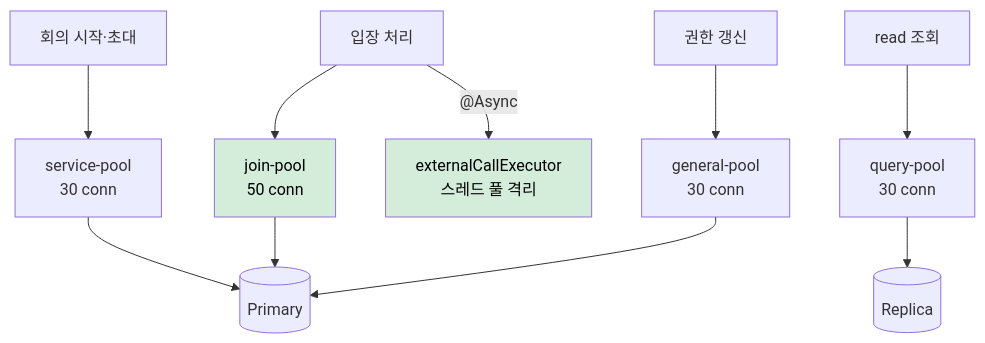
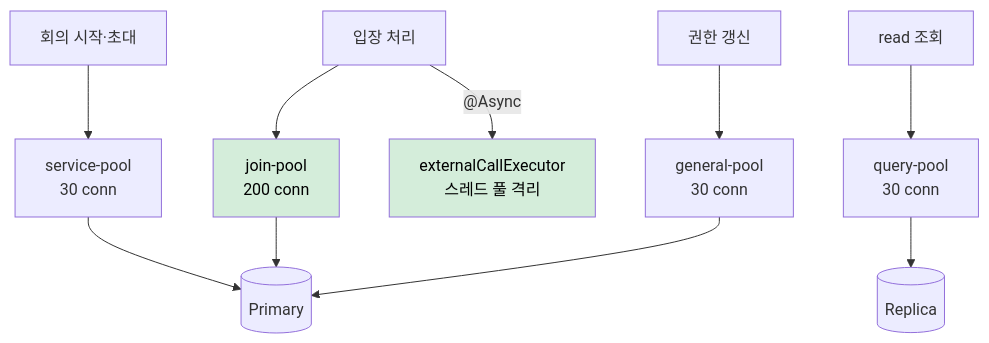
One commit to sujinnkim/A_Personal changed diagram 32 of 40 in report/3/3.2-아키텍처문제분석및설계전략.md. Above: the diagram before and after it, drawn with Mermaid. The commit also changed other lines of this file and 30 other files, not shown here.

````diff
--- a/report/3/3.2-아키텍처문제분석및설계전략.md
+++ b/report/3/3.2-아키텍처문제분석및설계전략.md
@@ -903,12 +903,12 @@
 ```mermaid
 flowchart TD
-    JOIN["입장 처리"] --> JP["join-pool\n50 conn"]
+    JOIN["입장 처리"] --> JP["join-pool\n200 conn"]
     SVC["회의 시작·초대"] --> SP["service-pool\n30 conn"]
     AUTH["권한 갱신"] --> GP["general-pool\n30 conn"]
     RD["read 조회"] --> QP["query-pool\n30 conn"]
     JOIN -->|"@Async"| EX["externalCallExecutor\n스레드 풀 격리"]
     JP & SP & GP --> PRI[("Primary")]
     QP --> REP[("Replica")]
     style JP fill:#d4edda,color:#000
     style EX fill:#d4edda,color:#000
 ```
````
